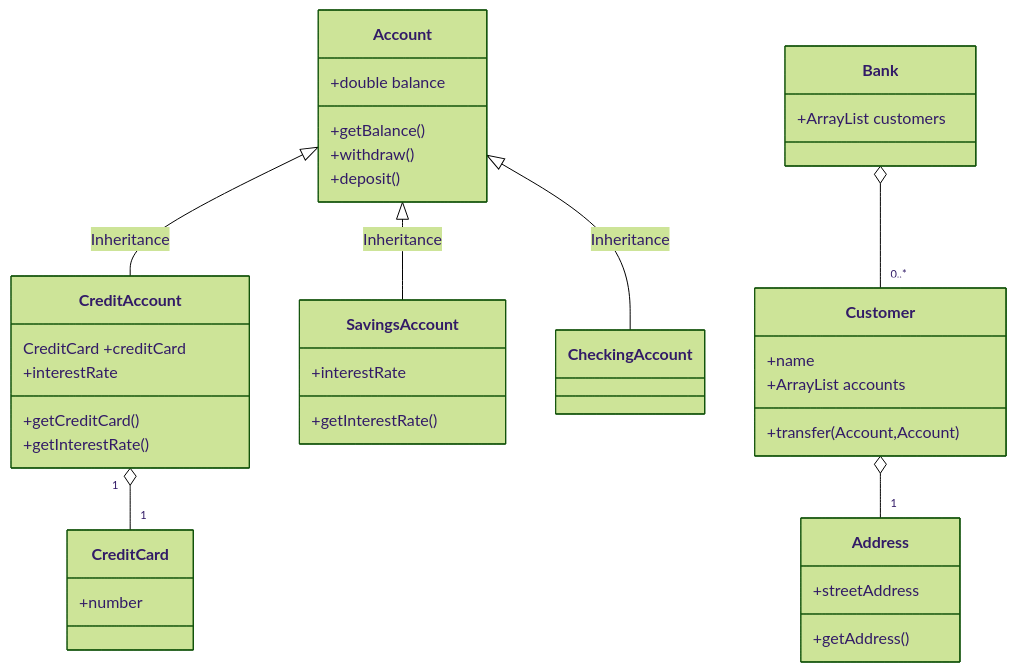
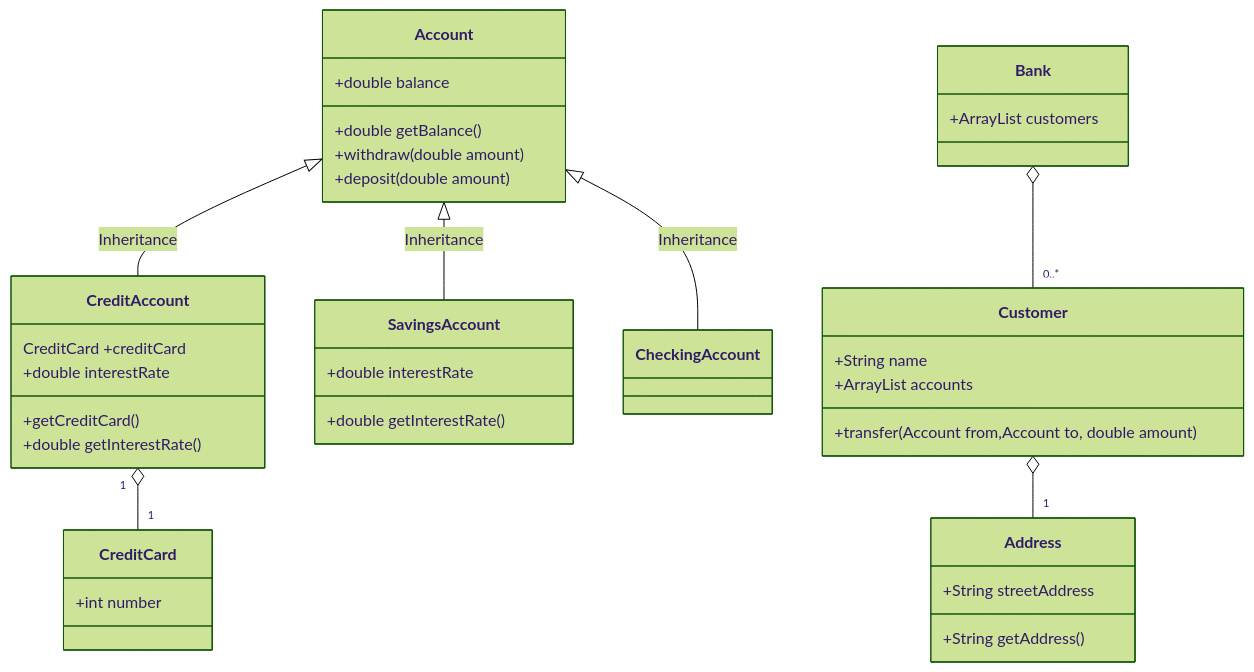
Before and after one commit to AdamCorbinFAUPhD/COP5339-Object-Oriented-Software-Design: the diagram in Homeworks/Homework2/q2/q2.md, drawn with Mermaid (forest theme). The commit also changed 1 other file, not shown here.

Commit message:
Adding types to class diagrams

````diff
--- a/Homeworks/Homework2/q2/q2.md
+++ b/Homeworks/Homework2/q2/q2.md
@@ -3,49 +3,49 @@
 ```mermaid
 classDiagram
 
 class CreditAccount
 CreditAccount : CreditCard +creditCard
 CreditAccount : +getCreditCard()
-CreditAccount : +getInterestRate()
-CreditAccount : +interestRate
+CreditAccount : +double getInterestRate()
+CreditAccount : +double interestRate
 
 class CreditCard
-CreditCard: +number
+CreditCard: +int number
 
 CreditAccount "1" o-- "1" CreditCard
 
 class SavingsAccount
-SavingsAccount : +getInterestRate()
-SavingsAccount : +interestRate
+SavingsAccount : +double getInterestRate()
+SavingsAccount : +double interestRate
 
 class CheckingAccount
 
 class Account
 Account <|-- CreditAccount : Inheritance
 Account <|-- SavingsAccount : Inheritance
 Account <|-- CheckingAccount : Inheritance
 Account : +double balance
-Account : +getBalance()
-Account : +withdraw()
-Account : +deposit()
+Account : +double getBalance()
+Account : +withdraw(double amount)
+Account : +deposit(double amount)
 
 class Bank
 Bank : +ArrayList<Customer> customers
 Bank o-- "0..*" Customer
 
 class Address
-Address: +streetAddress
-Address: +getAddress()
+Address: +String streetAddress
+Address: +String getAddress()
 
 
 class Customer
-Customer: +name
+Customer: +String name
 Customer : +ArrayList<Account> accounts
-Customer: +transfer(Account,Account)
+Customer: +transfer(Account from,Account to, double amount)
 Customer o-- "1" Address 
 
 
 
 
 
 ```
````
